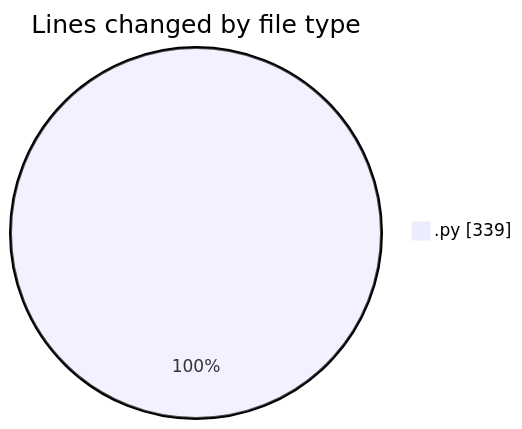
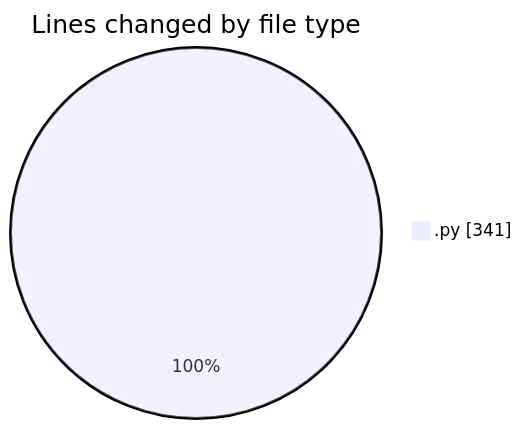
The first of 2 diagrams in 2026-03-03/student_performance_system/README.md (hasnaa123/code-tracking), drawn with Mermaid before and after one commit. The commit also changed other lines of this file and 1 other file, not shown here.

````diff
--- a/2026-03-03/student_performance_system/README.md
+++ b/2026-03-03/student_performance_system/README.md
@@ -20,5 +20,5 @@
 ```mermaid
 pie showData
 title Lines changed by file type
-".py" : 339
+".py" : 341
 ```
````
